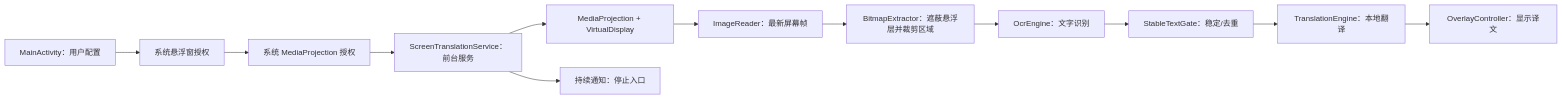
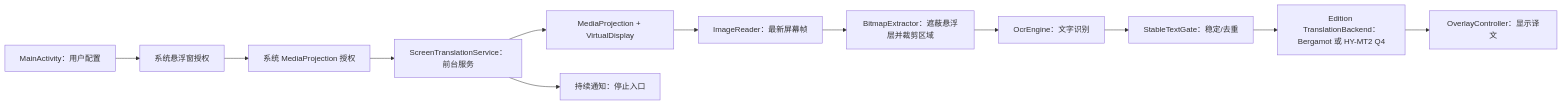
The first of 2 diagrams in docs/ARCHITECTURE.md (Arimacose/ScreenTranslation), drawn with Mermaid before and after one commit. The commit also changed other lines of this file and 7 other files, not shown here.

````diff
--- a/docs/ARCHITECTURE.md
+++ b/docs/ARCHITECTURE.md
@@ -32,14 +52,14 @@
 ```mermaid
 flowchart LR
     A["MainActivity：用户配置"] --> B["系统悬浮窗授权"]
     B --> C["系统 MediaProjection 授权"]
     C --> D["ScreenTranslationService：前台服务"]
     D --> E["MediaProjection + VirtualDisplay"]
     E --> F["ImageReader：最新屏幕帧"]
     F --> G["BitmapExtractor：遮蔽悬浮层并裁剪区域"]
     G --> H["OcrEngine：文字识别"]
     H --> I["StableTextGate：稳定/去重"]
-    I --> J["TranslationEngine：本地翻译"]
+    I --> J["Edition TranslationBackend：Bergamot 或 HY-MT2 Q4"]
     J --> K["OverlayController：显示译文"]
     D --> L["持续通知：停止入口"]
 ```
````
